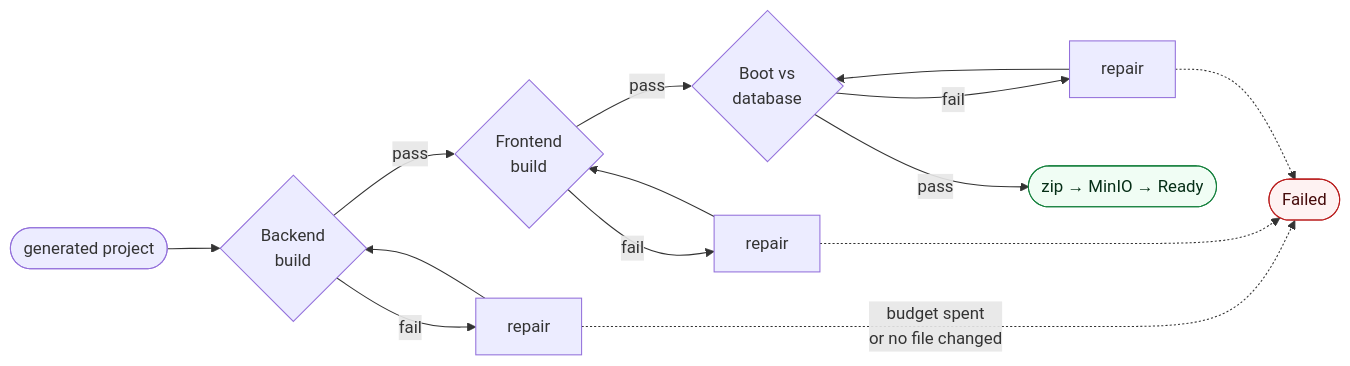
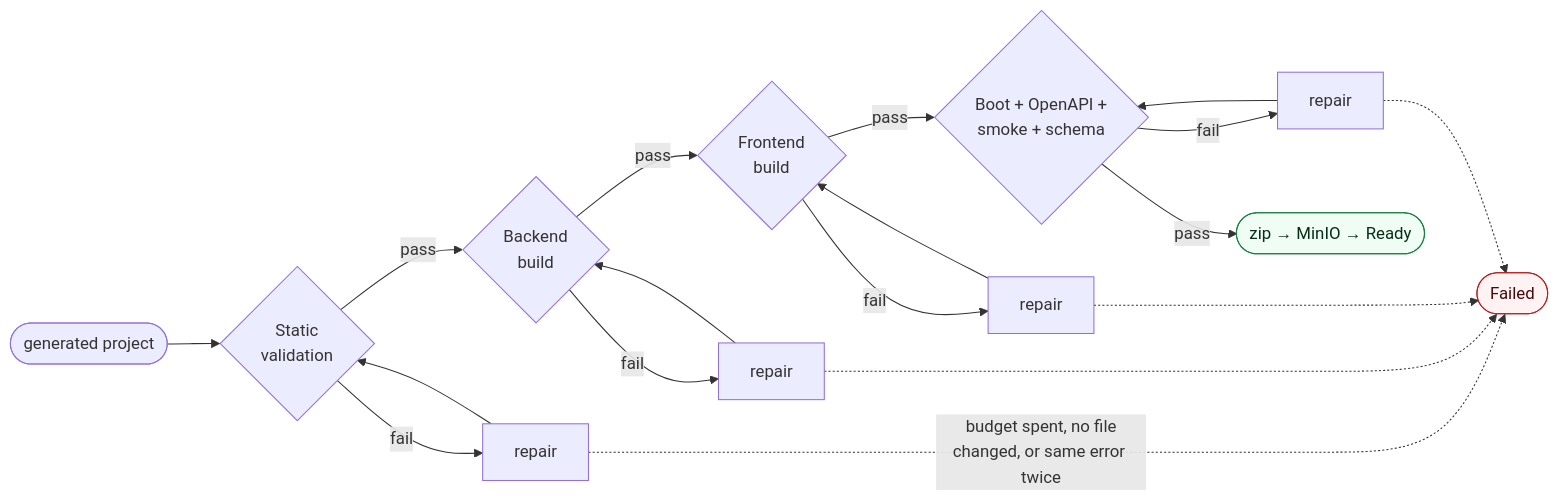
Before and after one commit to Viorelll/vi-ai-studio: the third of 5 diagrams in README.md, drawn with Mermaid. The commit also changed other lines of this file and 10 other files, not shown here.

````diff
--- a/README.md
+++ b/README.md
@@ -139,19 +147,22 @@
 ```mermaid
 flowchart LR
-    START(["generated project"]) --> BE{"Backend<br/>build"}
+    START(["generated project"]) --> SV{"Static<br/>validation"}
+    SV -- fail --> RSV["repair"] --> SV
+    SV -- pass --> BE{"Backend<br/>build"}
     BE -- fail --> RBE["repair"] --> BE
     BE -- pass --> FE{"Frontend<br/>build"}
     FE -- fail --> RFE["repair"] --> FE
-    FE -- pass --> INT{"Boot vs<br/>database"}
+    FE -- pass --> INT{"Boot + OpenAPI +<br/>smoke + schema"}
     INT -- fail --> RINT["repair"] --> INT
     INT -- pass --> ZIP(["zip → MinIO → Ready"])
 
-    RBE -.->|"budget spent<br/>or no file changed"| FAIL(["Failed"])
+    RSV -.->|"budget spent, no file<br/>changed, or same error twice"| FAIL(["Failed"])
+    RBE -.-> FAIL
     RFE -.-> FAIL
     RINT -.-> FAIL
 
     classDef ok fill:#f0fdf4,stroke:#15803d,color:#052e16
     classDef bad fill:#fef2f2,stroke:#b91c1c,color:#450a0a
     class ZIP ok
     class FAIL bad
 ```
````
